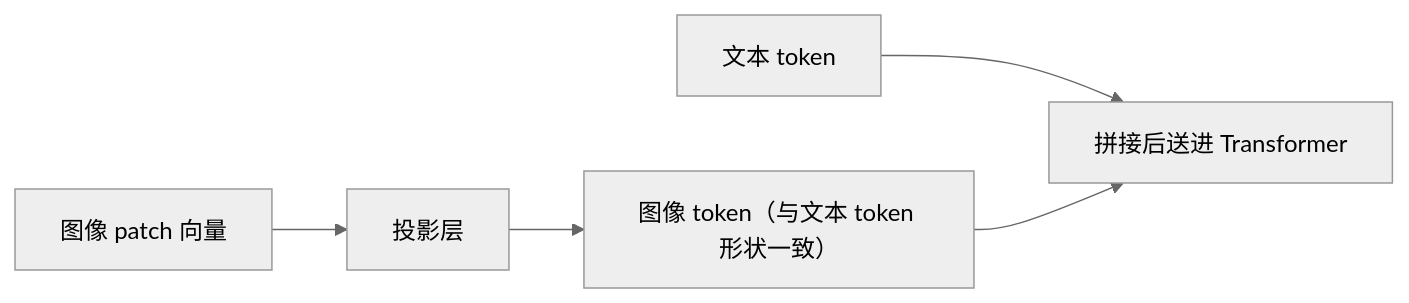
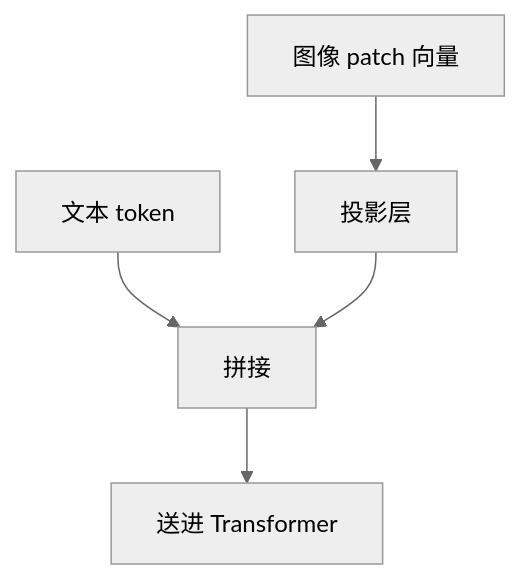
The second of 2 diagrams in vault/工程知识/AI 系统工程：从模型能力到生产能力/模型基础与训练/多模态模型把不同输入映射到共同推理接口.md (hub138/technical-knowledge), drawn with Mermaid (neutral theme) before and after one commit. The commit also changed other lines of this file and 622 other files, not shown here.

````diff
--- a/vault/工程知识/AI 系统工程：从模型能力到生产能力/模型基础与训练/多模态模型把不同输入映射到共同推理接口.md
+++ b/vault/工程知识/AI 系统工程：从模型能力到生产能力/模型基础与训练/多模态模型把不同输入映射到共同推理接口.md
@@ -72,6 +89,7 @@
 ```mermaid
-flowchart LR
-    a["图像 patch 向量"] --> b["投影层"] --> c["图像 token（与文本 token 形状一致）"]
-    t["文本 token"] --> d["拼接后送进 Transformer"]
-    c --> d
+flowchart TB
+    a["图像 patch 向量"] --> b["投影层"]
+    t["文本 token"] --> c["拼接"]
+    b --> c
+    c --> d["送进 Transformer"]
 ```
````
